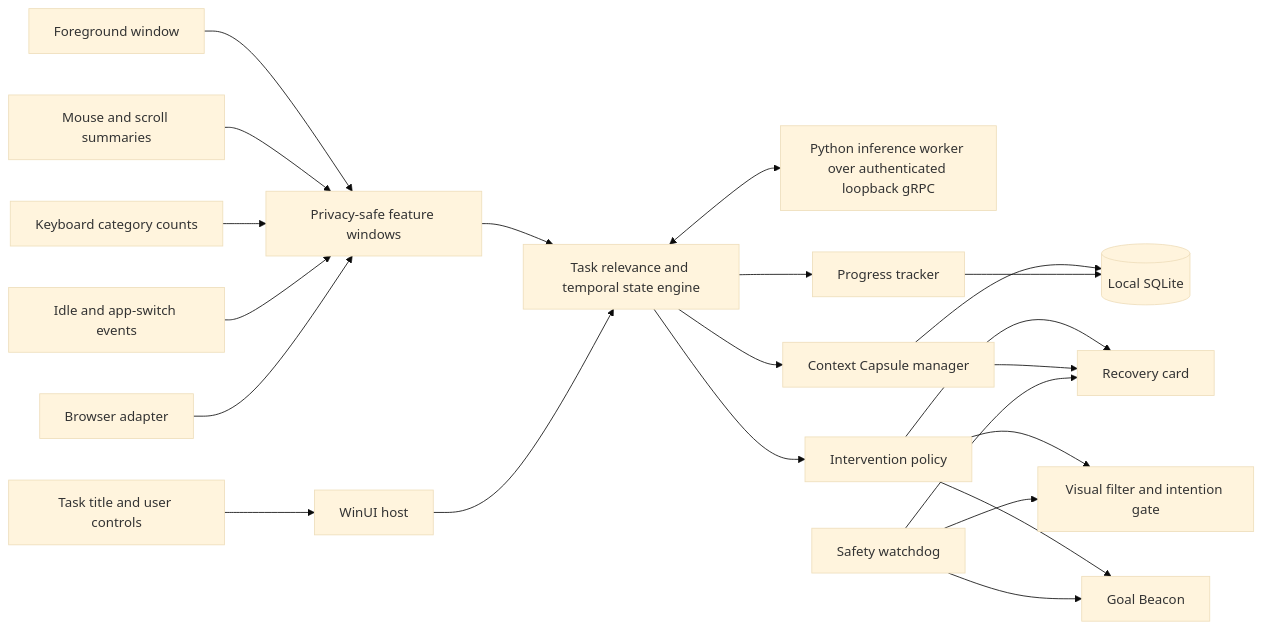
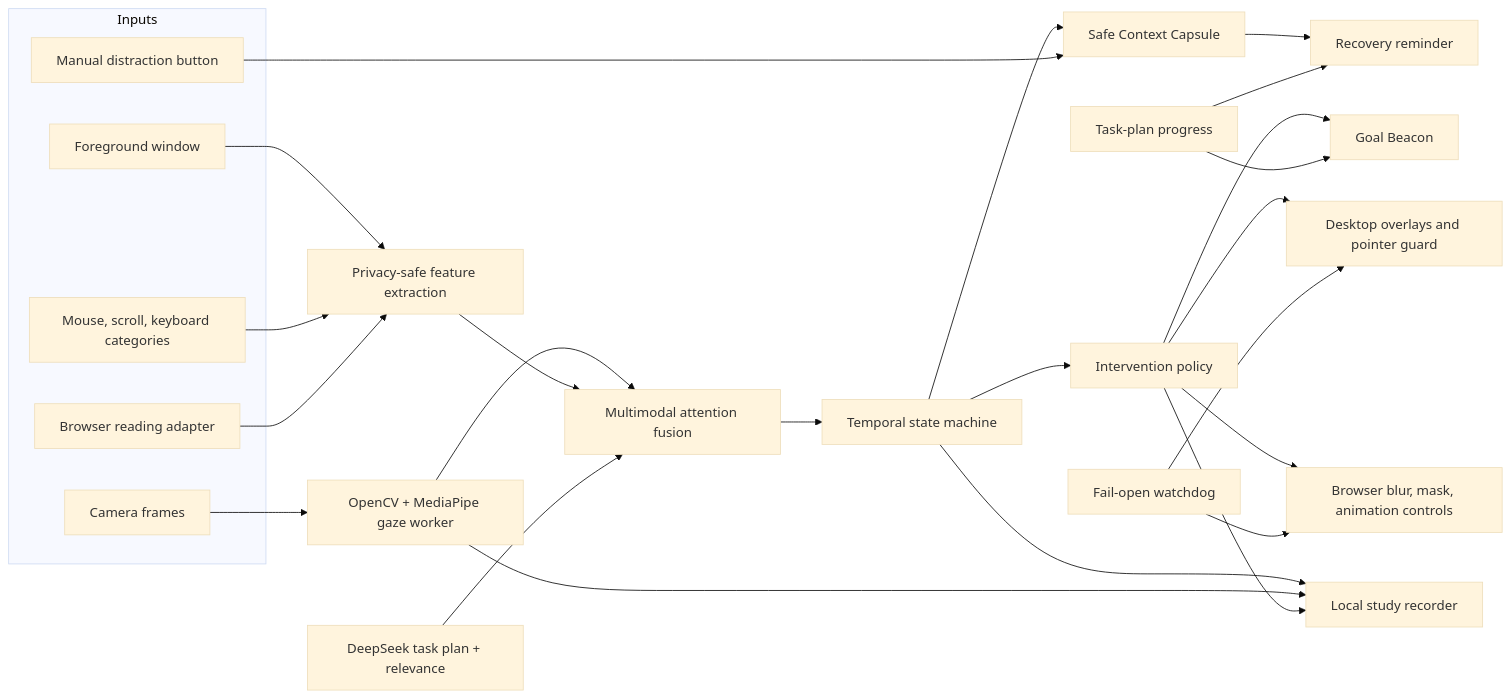
The diagram in README.md (BD12345678910/Anchor-HackMIT-2026), drawn with Mermaid (base theme) before and after one commit. The commit also changed other lines of this file and 2 other files, not shown here.

Commit message:
docs: align release privacy and demo guide

````diff
--- a/README.md
+++ b/README.md
@@ -27,24 +38,33 @@
 ```mermaid
 flowchart LR
-    U[Task title and user controls] --> H[WinUI host]
-    W[Foreground window] --> F[Privacy-safe feature windows]
-    M[Mouse and scroll summaries] --> F
-    K[Keyboard category counts] --> F
-    I[Idle and app-switch events] --> F
-    B[Browser adapter] --> F
-    F --> R[Task relevance and temporal state engine]
-    H --> R
-    R <--> P[Python inference worker over authenticated loopback gRPC]
-    R --> C[Context Capsule manager]
-    R --> D[Intervention policy]
-    D --> G[Goal Beacon]
-    D --> V[Visual filter and intention gate]
-    D --> Q[Recovery card]
-    C --> Q
-    R --> T[Progress tracker]
-    C --> S[(Local SQLite)]
-    T --> S
-    X[Safety watchdog] --> G
-    X --> V
-    X --> Q
+    subgraph Inputs
+        C[Camera frames]
+        W[Foreground window]
+        MK[Mouse, scroll, keyboard categories]
+        BA[Browser reading adapter]
+        MR[Manual distraction button]
+    end
+
+    C --> CV[OpenCV + MediaPipe gaze worker]
+    W --> PF[Privacy-safe feature extraction]
+    MK --> PF
+    BA --> PF
+    CV --> AF[Multimodal attention fusion]
+    PF --> AF
+    DS[DeepSeek task plan + relevance] --> AF
+    AF --> SM[Temporal state machine]
+    SM --> CP[Safe Context Capsule]
+    MR --> CP
+    SM --> IP[Intervention policy]
+    IP --> GB[Goal Beacon]
+    IP --> DT[Desktop overlays and pointer guard]
+    IP --> BT[Browser blur, mask, animation controls]
+    CP --> RC[Recovery reminder]
+    TP[Task-plan progress] --> GB
+    TP --> RC
+    SM --> REC[Local study recorder]
+    CV --> REC
+    IP --> REC
+    WD[Fail-open watchdog] --> DT
+    WD --> BT
 ```
````
